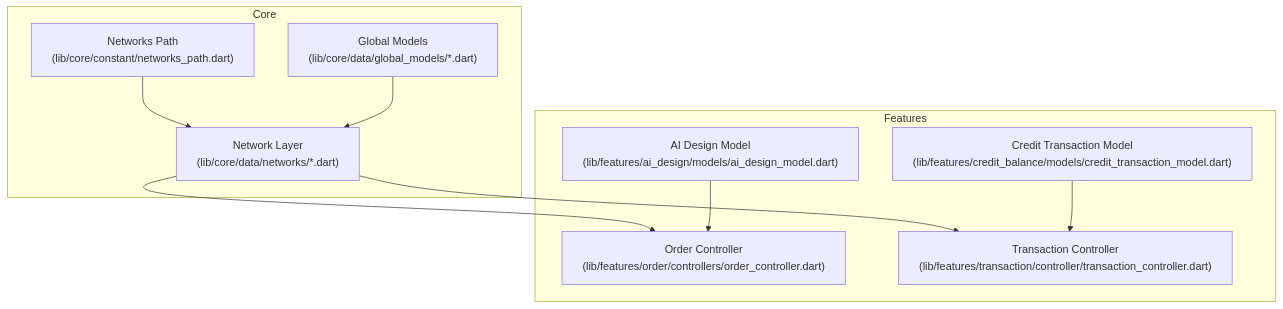
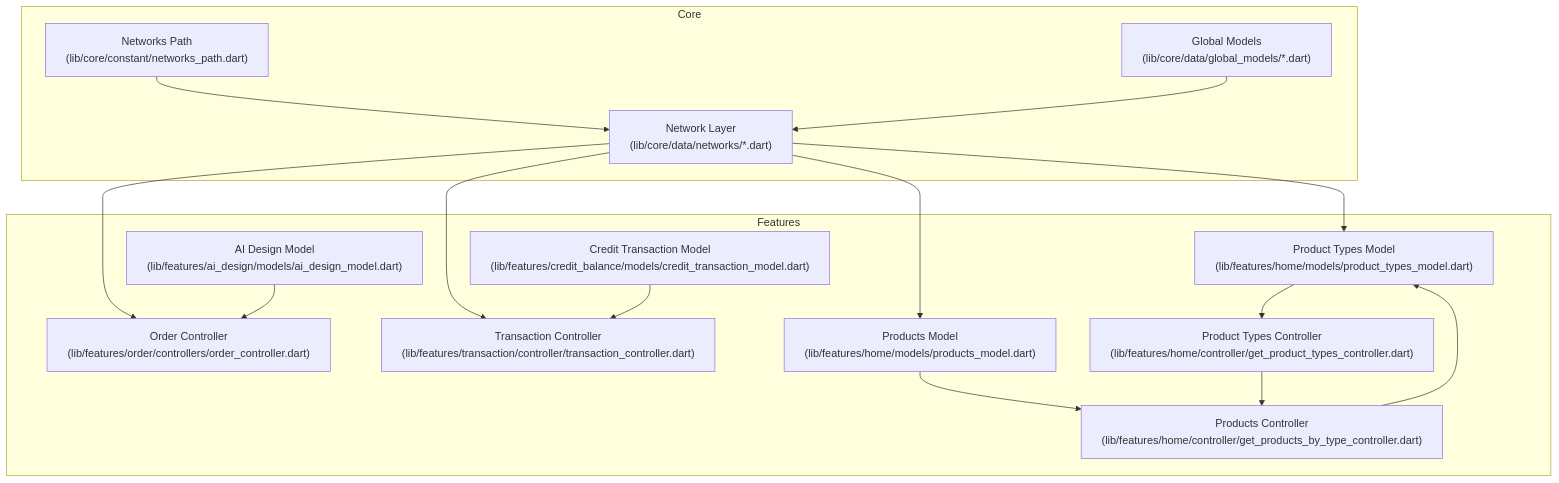
One commit to Ariful3111/FurniGo changed the first of 6 diagrams in .qoder/repowiki/en/content/Data Models and Schemas.md. Above: the diagram before and after it, drawn with Mermaid. The commit also changed other lines of this file and 8 other files, not shown here.

````diff
--- a/.qoder/repowiki/en/content/Data Models and Schemas.md
+++ b/.qoder/repowiki/en/content/Data Models and Schemas.md
@@ -40,20 +59,30 @@
 ```mermaid
 graph TB
 subgraph "Core"
 NP["Networks Path<br/>(lib/core/constant/networks_path.dart)"]
 GM["Global Models<br/>(lib/core/data/global_models/*.dart)"]
 NET["Network Layer<br/>(lib/core/data/networks/*.dart)"]
 end
 subgraph "Features"
 ORD["Order Controller<br/>(lib/features/order/controllers/order_controller.dart)"]
 TRX["Transaction Controller<br/>(lib/features/transaction/controller/transaction_controller.dart)"]
 AIM["AI Design Model<br/>(lib/features/ai_design/models/ai_design_model.dart)"]
 CTM["Credit Transaction Model<br/>(lib/features/credit_balance/models/credit_transaction_model.dart)"]
+PROD["Products Model<br/>(lib/features/home/models/products_model.dart)"]
+PTYPE["Product Types Model<br/>(lib/features/home/models/product_types_model.dart)"]
+PCONT["Products Controller<br/>(lib/features/home/controller/get_products_by_type_controller.dart)"]
+PTCONT["Product Types Controller<br/>(lib/features/home/controller/get_product_types_controller.dart)"]
 end
 NP --> NET
 GM --> NET
 NET --> ORD
 NET --> TRX
+NET --> PTYPE
+NET --> PROD
 AIM --> ORD
 CTM --> TRX
+PROD --> PCONT
+PTYPE --> PTCONT
+PCONT --> PTYPE
+PTCONT --> PCONT
 ```
````
